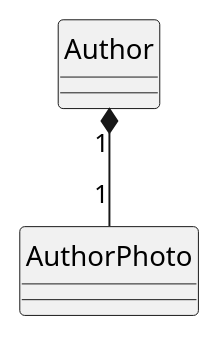
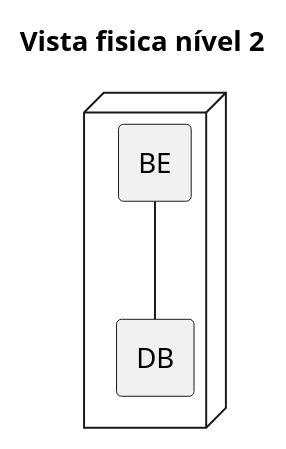
One commit to Guiigou/SIDIS_2024 changed the diagram in LibraryAPI/docs/Vista física/Nivel2.puml. Above: the diagram before and after it, drawn with PlantUML. The commit also changed 7 other files, not shown here.

Commit message:
Design: Vista fisica (nivel 1, 2 e 3) Vista logica (nivel 1, 2 e 3) Vista de processos (nivel 1 e 3)

```diff
--- a/LibraryAPI/docs/Vista física/Nivel2.puml
+++ b/LibraryAPI/docs/Vista física/Nivel2.puml
@@ -1,10 +1,16 @@
 @startuml
  'https://plantuml.com/class-diagram
+
+title Vista fisica nível 2
 
  hide circle
  skinparam classAttributeIconSize 0
 
+node {
+    agent BE
+    agent DB
+}
 
-Author "1" *-down- "1" AuthorPhoto
+BE -- DB
 
 @enduml
```
